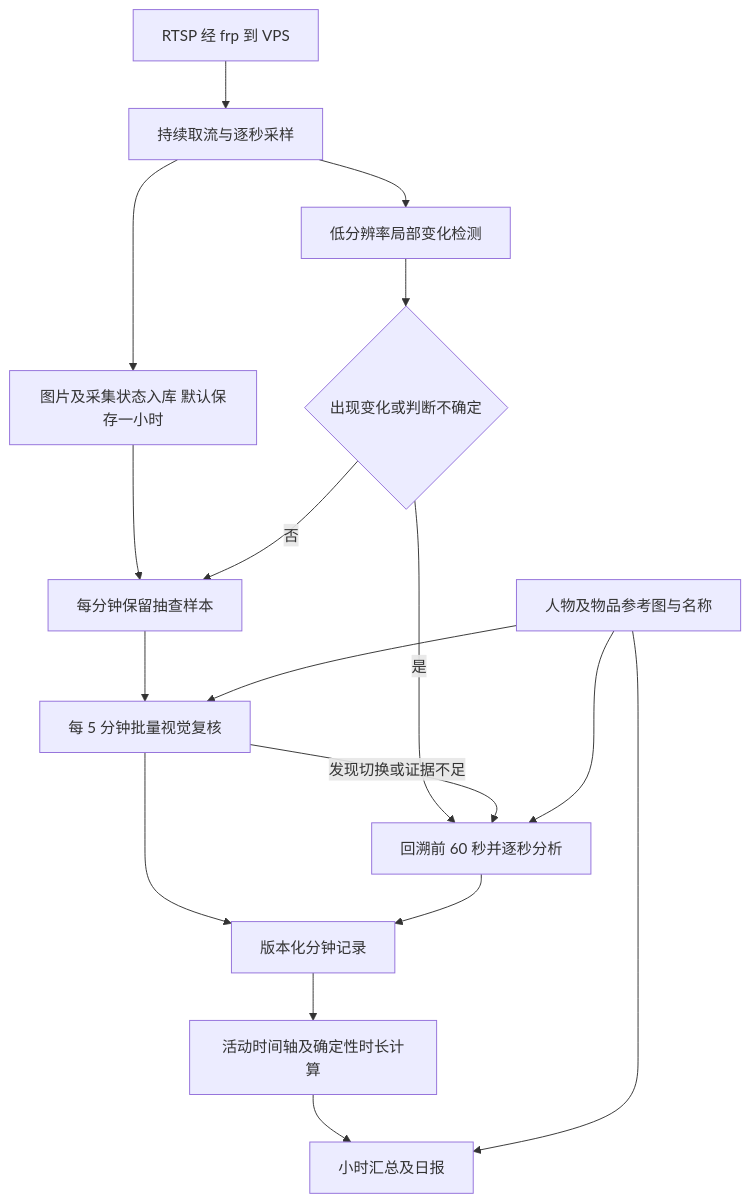
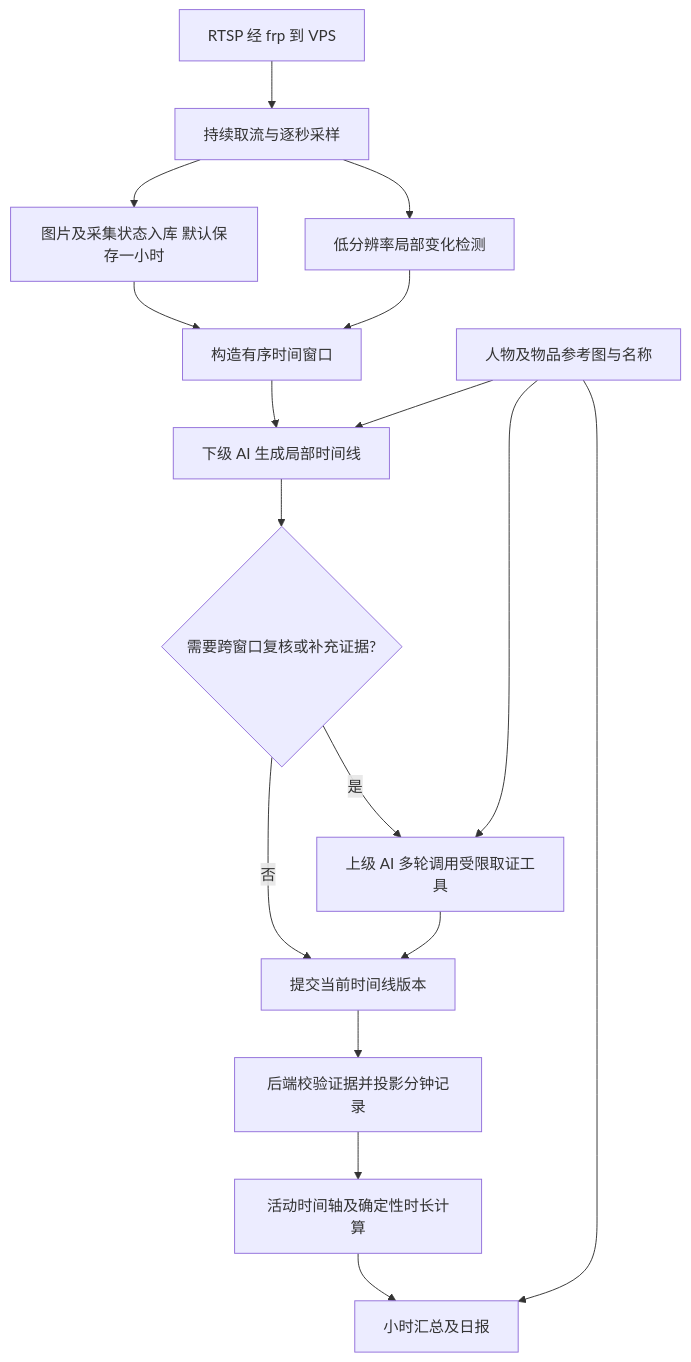
Before and after one commit to zhuchenyu2008/Camera-AI-Workbench: the diagram in docs/01-摄像头AI工作台-PRD.md, drawn with Mermaid. The commit also changed other lines of this file and 6 other files, not shown here.

Commit message:
docs: align temporal vision architecture

````diff
--- a/docs/01-摄像头AI工作台-PRD.md
+++ b/docs/01-摄像头AI工作台-PRD.md
@@ -107,19 +107,19 @@
 ```mermaid
 flowchart TD
     A[RTSP 经 frp 到 VPS] --> B[持续取流与逐秒采样]
     B --> C[图片及采集状态入库 默认保存一小时]
     B --> D[低分辨率局部变化检测]
-    C --> E[每分钟保留抽查样本]
-    D --> F{出现变化或判断不确定}
-    F -->|是| G[回溯前 60 秒并逐秒分析]
-    F -->|否| E
-    E --> H[每 5 分钟批量视觉复核]
-    H -->|发现切换或证据不足| G
-    H --> I[版本化分钟记录]
-    G --> I
-    R[人物及物品参考图与名称] --> H
-    R --> G
-    I --> J[活动时间轴及确定性时长计算]
-    J --> K[小时汇总及日报]
-    R --> K
+    C --> E[构造有序时间窗口]
+    D --> E
+    E --> F[下级 AI 生成局部时间线]
+    F --> G{需要跨窗口复核或补充证据?}
+    G -->|是| H[上级 AI 多轮调用受限取证工具]
+    G -->|否| I[提交当前时间线版本]
+    H --> I
+    R[人物及物品参考图与名称] --> F
+    R --> H
+    I --> J[后端校验证据并投影分钟记录]
+    J --> K[活动时间轴及确定性时长计算]
+    K --> L[小时汇总及日报]
+    R --> L
 ```
````
